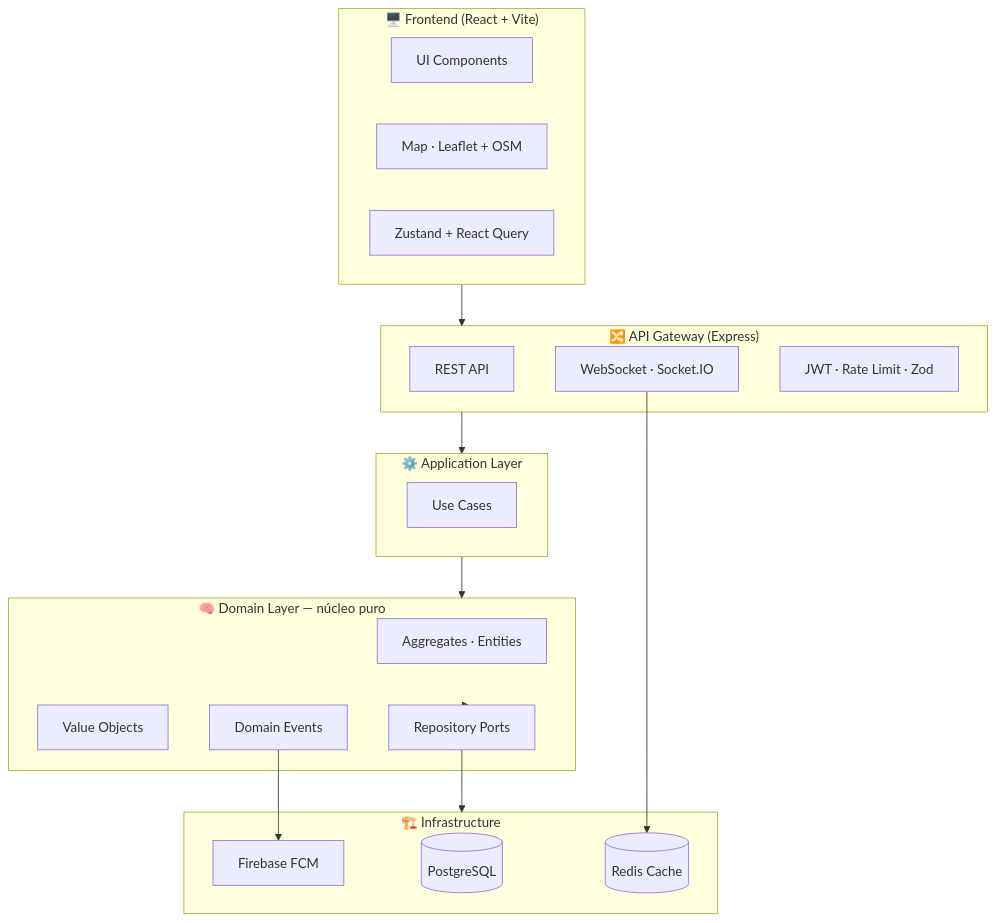
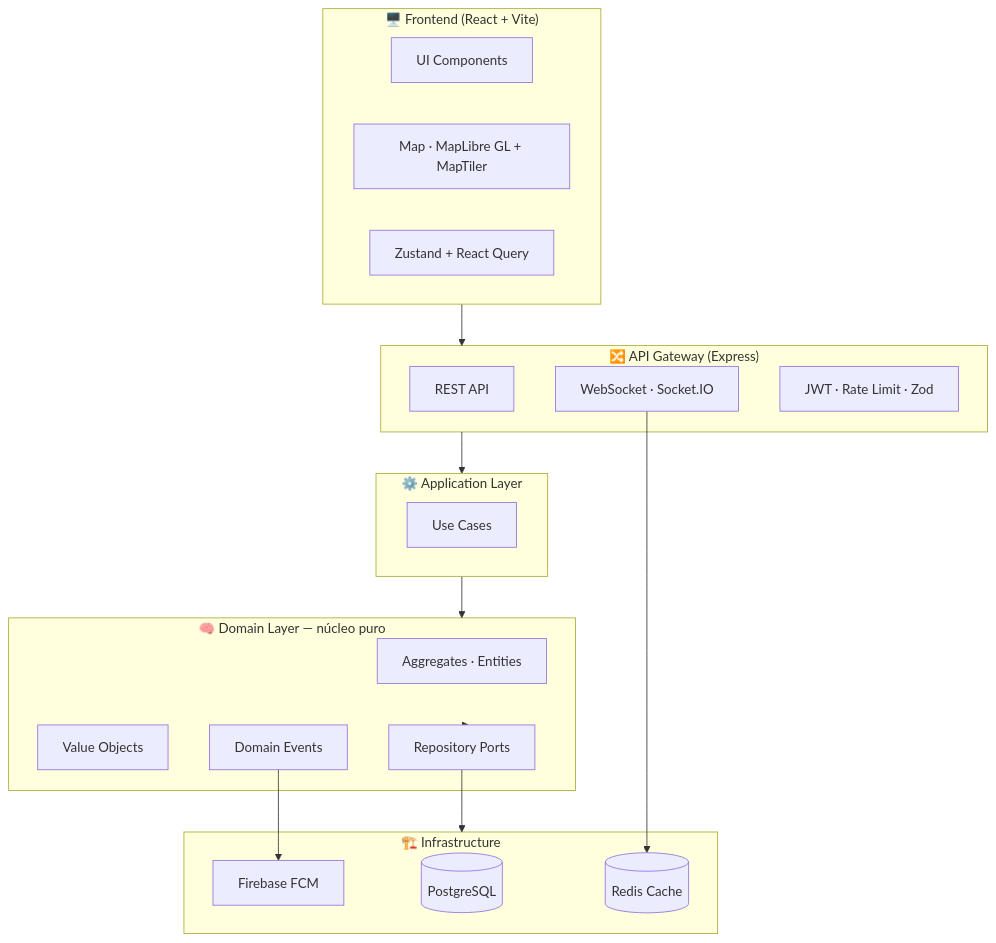
One commit to J0svh/FamilyLink changed the first of 8 diagrams in .kiro/specs/family-link/design.md. Above: the diagram before and after it, drawn with Mermaid. The commit also changed other lines of this file and 286 other files, not shown here.

````diff
--- a/.kiro/specs/family-link/design.md
+++ b/.kiro/specs/family-link/design.md
@@ -32,32 +32,32 @@
 ```mermaid
 graph TB
   subgraph FRONTEND["🖥️ Frontend (React + Vite)"]
     UI[UI Components]
-    MAP[Map · Leaflet + OSM]
+    MAP[Map · MapLibre GL + MapTiler]
     STORE[Zustand + React Query]
   end
   subgraph GATEWAY["🔀 API Gateway (Express)"]
     REST[REST API]
     WS[WebSocket · Socket.IO]
     MW[JWT · Rate Limit · Zod]
   end
   subgraph APPLICATION["⚙️ Application Layer"]
     UC[Use Cases]
   end
   subgraph DOMAIN["🧠 Domain Layer — núcleo puro"]
     AGG[Aggregates · Entities]
     VO[Value Objects]
     DE[Domain Events]
     PORTS[Repository Ports]
   end
   subgraph INFRA["🏗️ Infrastructure"]
     PG[(PostgreSQL)]
     REDIS[(Redis Cache)]
     FCM[Firebase FCM]
   end
 
   FRONTEND --> GATEWAY --> APPLICATION --> DOMAIN
   DOMAIN --> PORTS --> INFRA
   DE --> FCM
   WS --> REDIS
 ```
````
